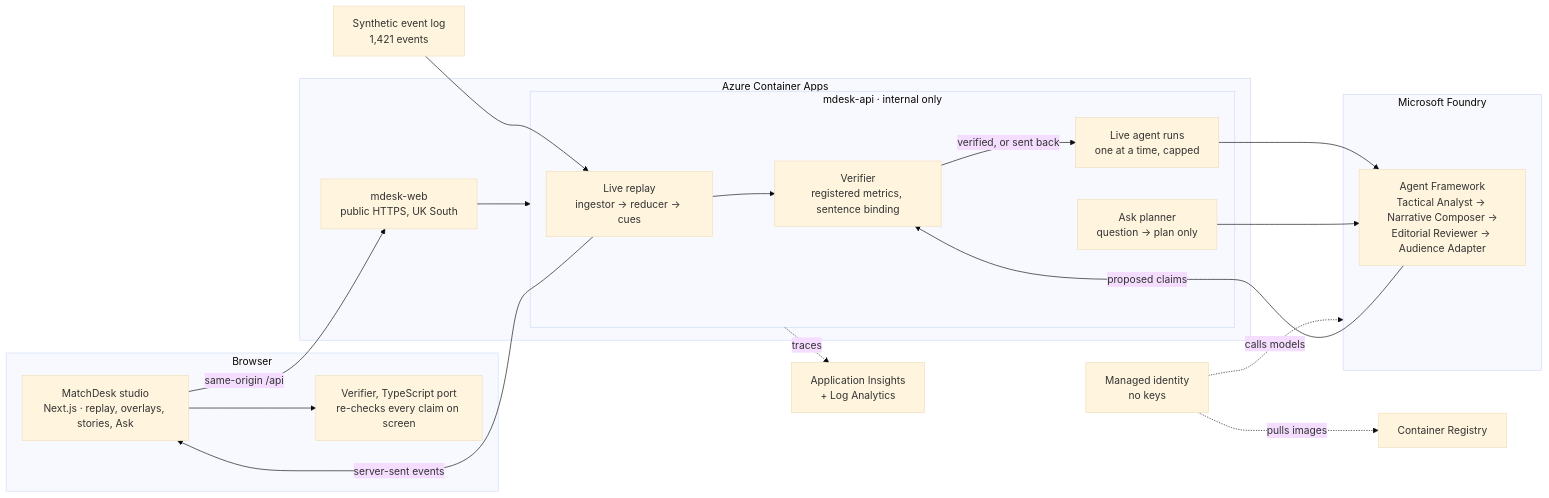
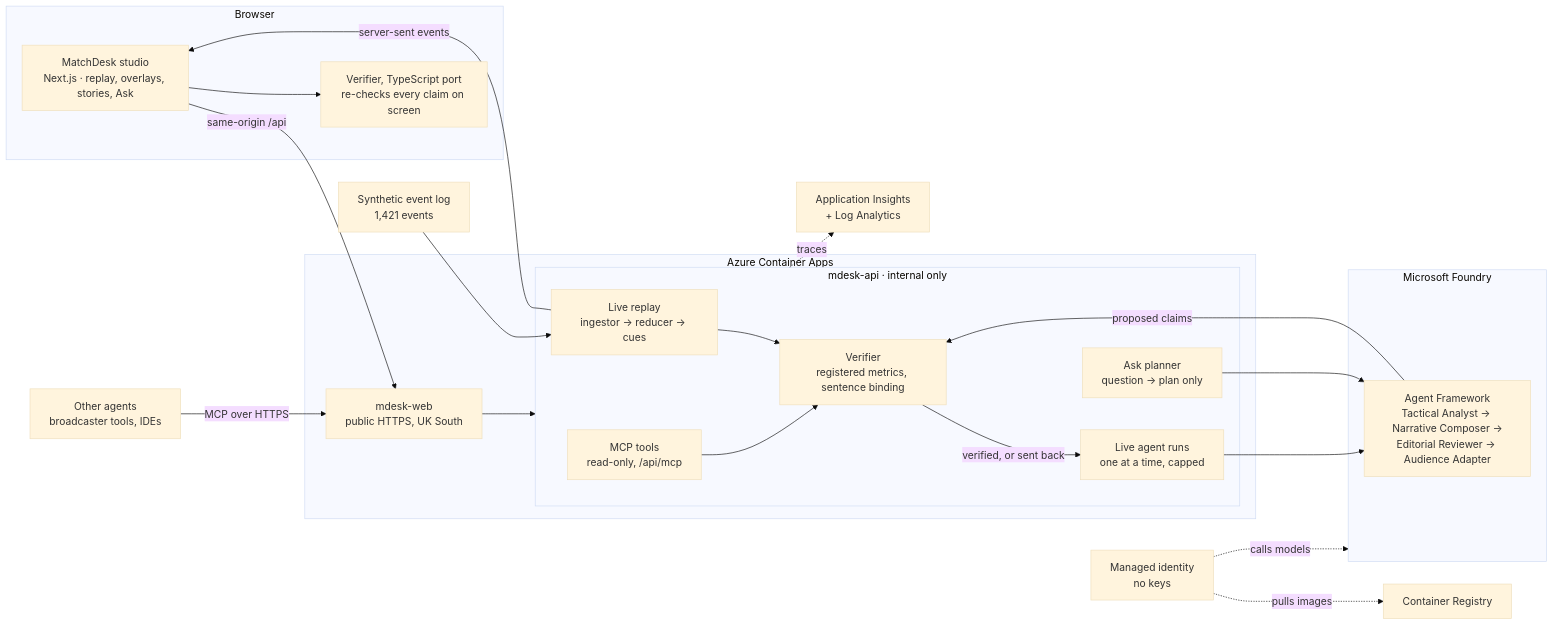
One commit to GOkwori/matchdesk changed the diagram in README.md. Above: the diagram before and after it, drawn with Mermaid (base theme). The commit also changed other lines of this file and 8 other files, not shown here.

````diff
--- a/README.md
+++ b/README.md
@@ -83,35 +96,39 @@
 ```mermaid
 flowchart LR
     subgraph Browser["Browser"]
         UI["MatchDesk studio<br/>Next.js · replay, overlays, stories, Ask"]
         BV["Verifier, TypeScript port<br/>re-checks every claim on screen"]
     end
     subgraph ACA["Azure Container Apps"]
         WEB["mdesk-web<br/>public HTTPS, UK South"]
         subgraph APIBOX["mdesk-api · internal only"]
             LIVE["Live replay<br/>ingestor → reducer → cues"]
             RUNS["Live agent runs<br/>one at a time, capped"]
             PLAN["Ask planner<br/>question → plan only"]
+            MCP["MCP tools<br/>read-only, /api/mcp"]
             VER["Verifier<br/>registered metrics, sentence binding"]
         end
     end
     subgraph FOUNDRY["Microsoft Foundry"]
         AF["Agent Framework<br/>Tactical Analyst → Narrative Composer →<br/>Editorial Reviewer → Audience Adapter"]
     end
     LOG["Synthetic event log<br/>1,421 events"]
     AI["Application Insights<br/>+ Log Analytics"]
     ACR["Container Registry"]
     ID["Managed identity<br/>no keys"]
+    EXT["Other agents<br/>broadcaster tools, IDEs"]
 
     UI -- "same-origin /api" --> WEB --> APIBOX
     LOG --> LIVE --> VER
     RUNS --> AF
     PLAN --> AF
     AF -- "proposed claims" --> VER
     VER -- "verified, or sent back" --> RUNS
     LIVE -- "server-sent events" --> UI
     UI --> BV
+    EXT -- "MCP over HTTPS" --> WEB
+    MCP --> VER
     APIBOX -. traces .-> AI
     ID -. pulls images .-> ACR
     ID -. calls models .-> FOUNDRY
 ```
````
